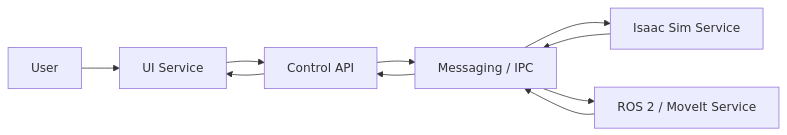
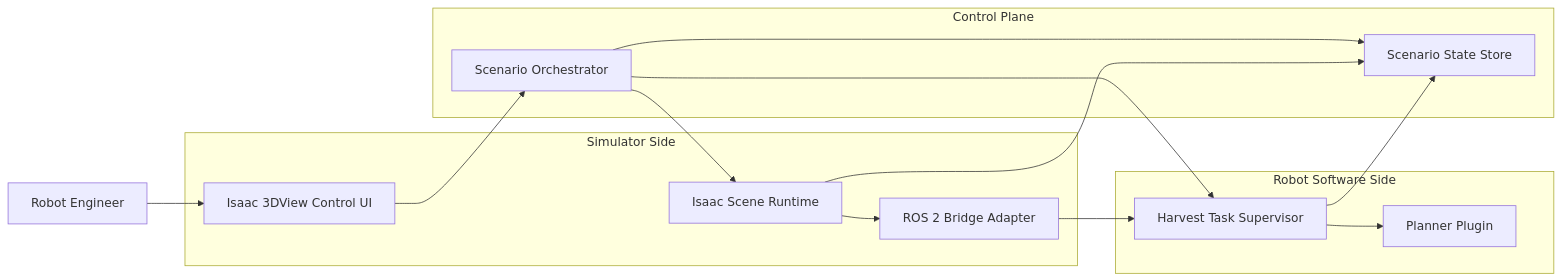
The third of 3 diagrams in .codex/docs/ADR.md (akodama428/trial_issac_sim), drawn with Mermaid before and after one commit. The commit also changed other lines of this file and 217 other files, not shown here.

````diff
--- a/.codex/docs/ADR.md
+++ b/.codex/docs/ADR.md
@@ -284,19 +204,31 @@
 ```mermaid
 flowchart LR
-  User[User]
-  UI[UI Service]
-  API[Control API]
-  Bus[Messaging / IPC]
-  Isaac[Isaac Sim Service]
-  ROS[ROS 2 / MoveIt Service]
+  User[Robot Engineer]
+
+  subgraph SIM[Simulator Side]
+    UI[Isaac 3DView Control UI]
+    Scene[Isaac Scene Runtime]
+    Bridge[ROS 2 Bridge Adapter]
+  end
+
+  subgraph ORCH[Control Plane]
+    Orch[Scenario Orchestrator]
+    Store[Scenario State Store]
+  end
+
+  subgraph ROBOT[Robot Software Side]
+    Task[Harvest Task Supervisor]
+    Planner[Planner Plugin]
+  end
 
   User --> UI
-  UI --> API
-  API --> Bus
-  Bus --> Isaac
-  Bus --> ROS
-  Isaac --> Bus
-  ROS --> Bus
-  Bus --> API
-  API --> UI
+  UI --> Orch
+  Orch --> Store
+  Orch --> Scene
+  Orch --> Task
+  Scene --> Bridge
+  Bridge --> Task
+  Task --> Planner
+  Task --> Store
+  Scene --> Store
 ```
````
